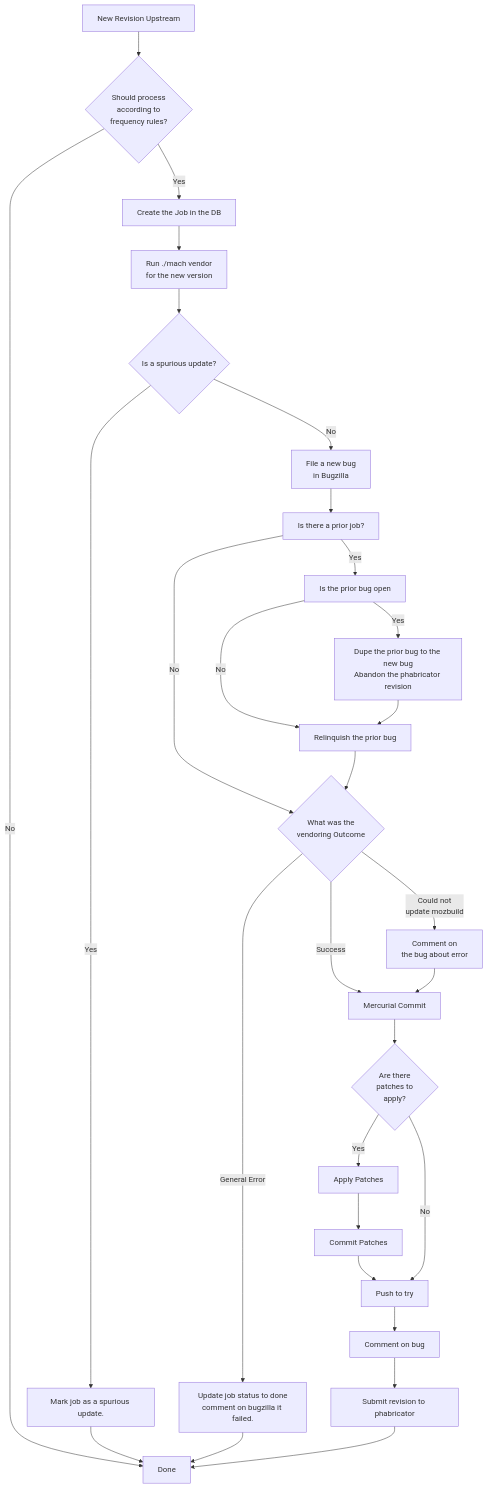
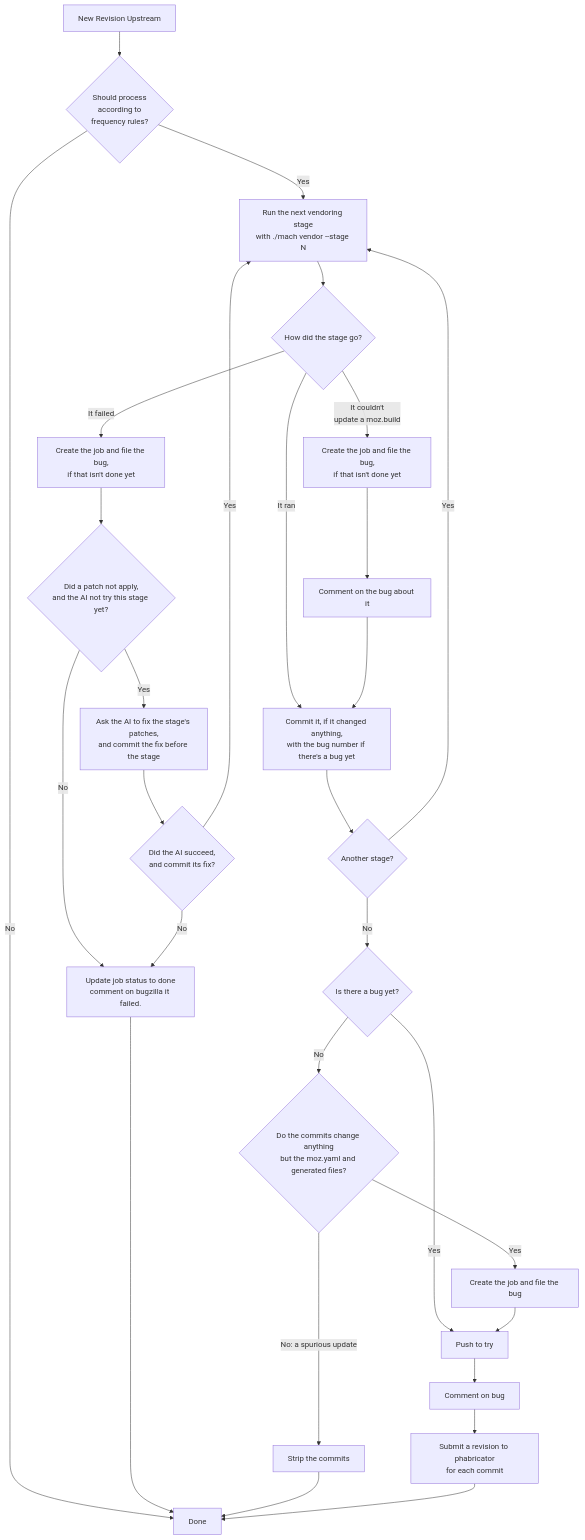
Before and after one commit to mozilla-services/updatebot: the diagram in docs/new_job.md, drawn with Mermaid. The commit also changed other lines of this file and 8 other files, not shown here.

````diff
--- a/docs/new_job.md
+++ b/docs/new_job.md
@@ -1,61 +1,63 @@
 ```mermaid
 graph TD
     Done[Done]
 
     A[New Revision Upstream]
     A --> FrequencyCheck
     
     FrequencyCheck{Should process <br />according to <br/>frequency rules?}
-    FrequencyCheck -->|Yes| CreateJob
+    FrequencyCheck -->|Yes| RunStage
     FrequencyCheck -->|No| Done
 
-    CreateJob[Create the Job in the DB]
-    CreateJob --> VendorTheNewVersion
+    RunStage[Run the next vendoring stage<br />with ./mach vendor --stage N]
+    RunStage --> StageOutcome
 
-    VendorTheNewVersion[Run ./mach vendor <br/>for the new version]
-    VendorTheNewVersion --> SpuriousCheck
-    
-    SpuriousCheck{Is a spurious update?}
-    SpuriousCheck -->|No| FileBug
-    SpuriousCheck -->|Yes| X1[Mark job as a spurious update.] --> Done
+    StageOutcome{How did the stage go?}
+    StageOutcome --> |It ran| CommitStage
+    StageOutcome --> |It couldn't<br />update a moz.build| FileBugForStage
+    StageOutcome --> |It failed| FileBugForFailure
 
-    FileBug[File a new bug<br />in Bugzilla]
-    FileBug --> PriorBug
+    FileBugForStage[Create the job and file the bug,<br />if that isn't done yet]
+    FileBugForStage --> CommentMozBuild[Comment on the bug about it] --> CommitStage
 
-    PriorBug[Is there a prior job?]
-    PriorBug -->|Yes| IsPriorBugOpen
-    PriorBug --> |No| HandleVendoringOutcomes
+    FileBugForFailure[Create the job and file the bug,<br />if that isn't done yet]
+    FileBugForFailure --> PatchConflict
 
-    IsPriorBugOpen[Is the prior bug open] 
-    IsPriorBugOpen --> |Yes| HandleOpenPriorBug
-    IsPriorBugOpen --> |No| RelinquishPriorBug
+    PatchConflict{Did a patch not apply,<br />and the AI not try this stage yet?}
+    PatchConflict --> |No| X2[Update job status to done<br />comment on bugzilla it failed.] --> Done
+    PatchConflict --> |Yes| AskAI
 
-    RelinquishPriorBug[Relinquish the prior bug]
+    AskAI[Ask the AI to fix the stage's patches,<br />and commit the fix before the stage]
+    AskAI --> AIOutcome
 
-    HandleOpenPriorBug[Dupe the prior bug to the new bug<br />Abandon the phabricator revision]
-    HandleOpenPriorBug --> RelinquishPriorBug
+    AIOutcome{Did the AI succeed,<br />and commit its fix?}
+    AIOutcome --> |No| X2
+    AIOutcome --> |Yes| RunStage
 
-    RelinquishPriorBug --> HandleVendoringOutcomes
+    CommitStage[Commit it, if it changed anything,<br />with the bug number if there's a bug yet]
+    CommitStage --> MoreStages
 
-    HandleVendoringOutcomes{What was the<br />vendoring Outcome}
-    HandleVendoringOutcomes --> |General Error| X2[Update job status to done<br />comment on bugzilla it failed.] --> Done
-    HandleVendoringOutcomes --> |Could not <br />update mozbuild| CommentMozBuild
-    HandleVendoringOutcomes --> |Success| Commit
+    MoreStages{Another stage?}
+    MoreStages --> |Yes| RunStage
+    MoreStages --> |No| HaveBug
 
-    CommentMozBuild[Comment on<br />the bug about error] --> Commit
+    HaveBug{Is there a bug yet?}
+    HaveBug --> |Yes| PushToTry
+    HaveBug --> |No| SpuriousCheck
 
-    Commit[Mercurial Commit] -->HasPatches
+    SpuriousCheck{Do the commits change anything<br />but the moz.yaml and generated files?}
+    SpuriousCheck -->|Yes| FileBug
+    SpuriousCheck -->|No: a spurious update| X1[Strip the commits] --> Done
 
-    HasPatches{Are there <br />patches to <br />apply?}
-    HasPatches --> |Yes| ApplyPatches[Apply Patches] --> CommitPatches[Commit Patches] --> PushToTry
-    HasPatches --> |No| PushToTry
+    FileBug[Create the job and file the bug]
+    FileBug --> PushToTry
 
     PushToTry[Push to try]
     PushToTry --> CommentOnBug
 
     CommentOnBug[Comment on bug]
     CommentOnBug --> SubmitPhab
 
-    SubmitPhab[Submit revision to phabricator]
+    SubmitPhab[Submit a revision to phabricator<br />for each commit]
     SubmitPhab --> Done
 ```
````
